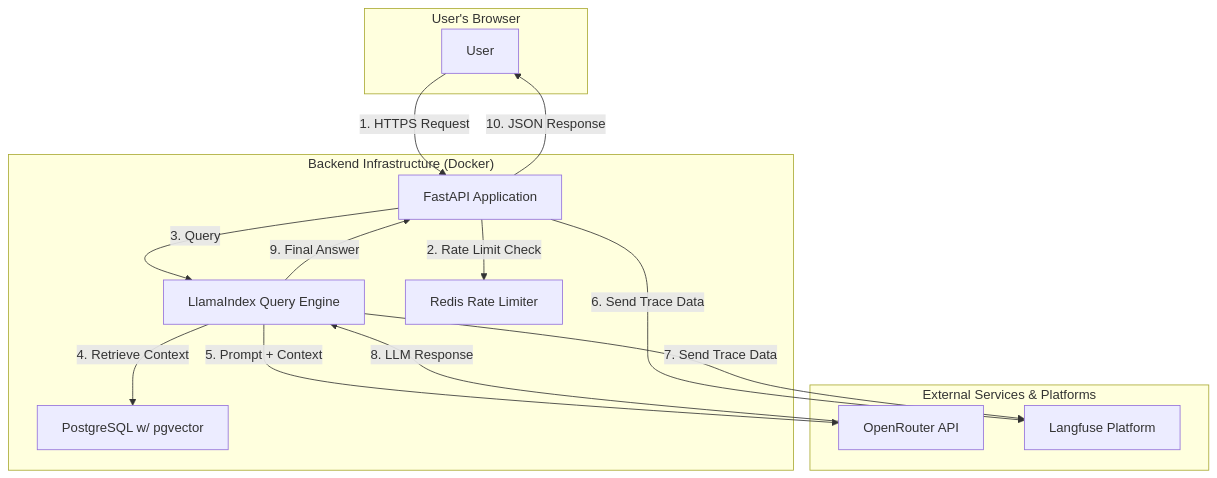
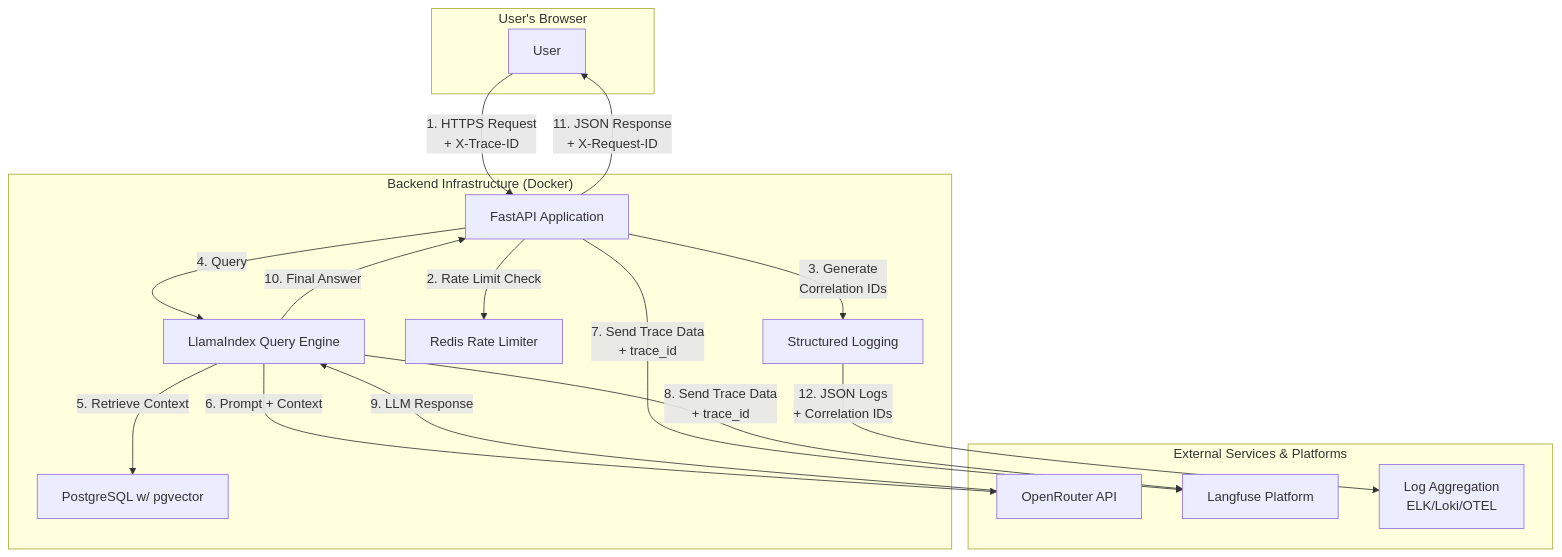
The diagram in docs/diagrams/data_flow.mmd (aemreusta/rag-api-for-docs), drawn with Mermaid before and after one commit. The commit also changed 6 other files, not shown here.

First line of the commit message:
docs(logging): update README and documentation for structured logging features

```diff
--- a/docs/diagrams/data_flow.mmd
+++ b/docs/diagrams/data_flow.mmd
@@ -1,27 +1,31 @@
 graph TD
     subgraph "User's Browser"
         User
     end
 
     subgraph "Backend Infrastructure (Docker)"
         A[FastAPI Application]
         B[LlamaIndex Query Engine]
         C[PostgreSQL w/ pgvector]
         D[Redis Rate Limiter]
+        G[Structured Logging]
     end
 
     subgraph "External Services & Platforms"
         E[OpenRouter API]
         F[Langfuse Platform]
+        H[Log Aggregation<br/>ELK/Loki/OTEL]
     end
 
-    User --"1. HTTPS Request"--> A;
+    User --"1. HTTPS Request<br/>+ X-Trace-ID"--> A;
     A --"2. Rate Limit Check"--> D;
-    A --"3. Query"--> B;
-    B --"4. Retrieve Context"--> C;
-    B --"5. Prompt + Context"--> E;
-    A --"6. Send Trace Data"--> F;
-    B --"7. Send Trace Data"--> F;
-    E --"8. LLM Response"--> B;
-    B --"9. Final Answer"--> A;
-    A --"10. JSON Response"--> User; 
+    A --"3. Generate<br/>Correlation IDs"--> G;
+    A --"4. Query"--> B;
+    B --"5. Retrieve Context"--> C;
+    B --"6. Prompt + Context"--> E;
+    A --"7. Send Trace Data<br/>+ trace_id"--> F;
+    B --"8. Send Trace Data<br/>+ trace_id"--> F;
+    E --"9. LLM Response"--> B;
+    B --"10. Final Answer"--> A;
+    A --"11. JSON Response<br/>+ X-Request-ID"--> User;
+    G --"12. JSON Logs<br/>+ Correlation IDs"--> H; 
```
